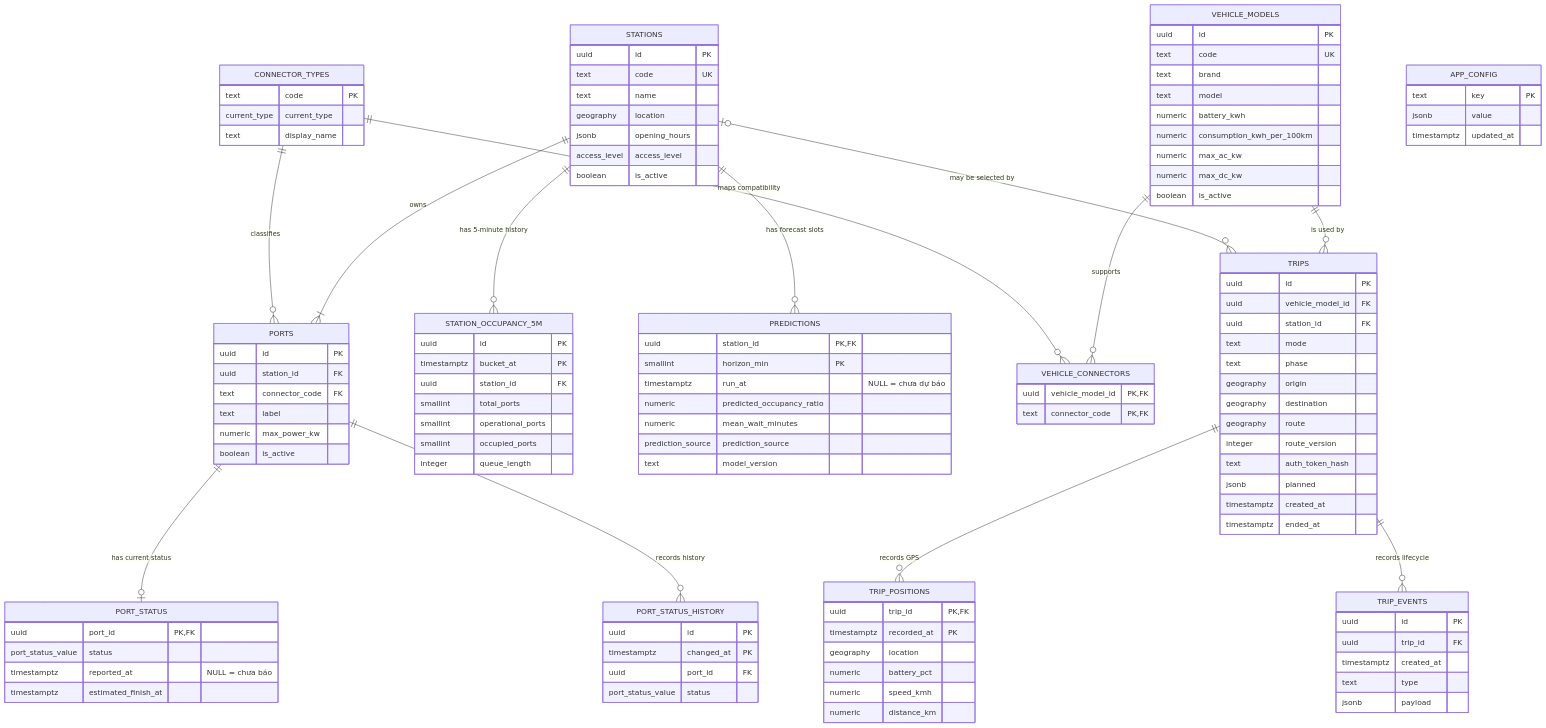
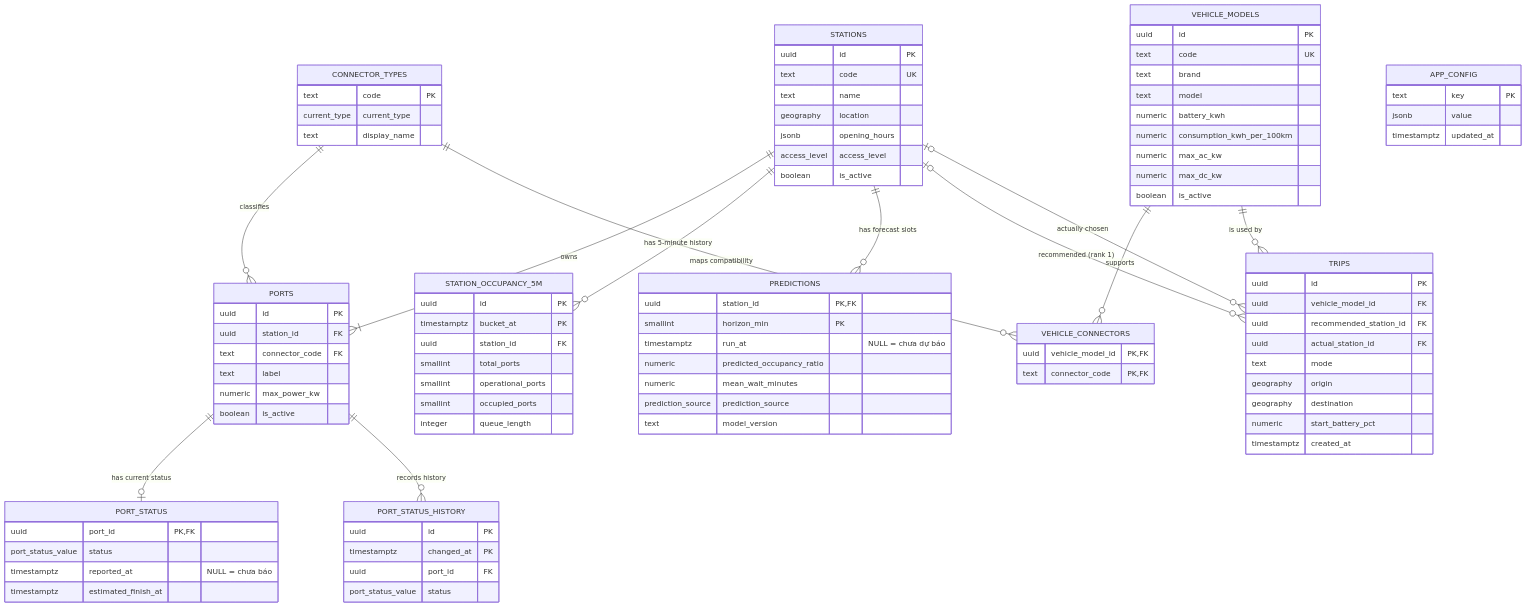
Before and after one commit to tlmduc7796/open-charge-map: the diagram in docs/DATABASE_ERD.md, drawn with Mermaid. The commit also changed other lines of this file and 17 other files, not shown here.

Commit message:
feat(trips): log Chỉ đường clicks, drop the unused trip lifecycle

````diff
--- a/docs/DATABASE_ERD.md
+++ b/docs/DATABASE_ERD.md
@@ -93,34 +93,13 @@
     TRIPS {
         uuid id PK
         uuid vehicle_model_id FK
-        uuid station_id FK
+        uuid recommended_station_id FK
+        uuid actual_station_id FK
         text mode
-        text phase
         geography origin
         geography destination
-        geography route
-        integer route_version
-        text auth_token_hash
-        jsonb planned
+        numeric start_battery_pct
         timestamptz created_at
-        timestamptz ended_at
-    }
-
-    TRIP_POSITIONS {
-        uuid trip_id PK, FK
-        timestamptz recorded_at PK
-        geography location
-        numeric battery_pct
-        numeric speed_kmh
-        numeric distance_km
-    }
-
-    TRIP_EVENTS {
-        uuid id PK
-        uuid trip_id FK
-        timestamptz created_at
-        text type
-        jsonb payload
     }
 
     APP_CONFIG {
@@ -138,7 +117,6 @@
     VEHICLE_MODELS ||--o{ VEHICLE_CONNECTORS : "supports"
     CONNECTOR_TYPES ||--o{ VEHICLE_CONNECTORS : "maps compatibility"
     VEHICLE_MODELS ||--o{ TRIPS : "is used by"
-    STATIONS o|--o{ TRIPS : "may be selected by"
-    TRIPS ||--o{ TRIP_POSITIONS : "records GPS"
-    TRIPS ||--o{ TRIP_EVENTS : "records lifecycle"
+    STATIONS o|--o{ TRIPS : "recommended (rank 1)"
+    STATIONS o|--o{ TRIPS : "actually chosen"
 ```
````
